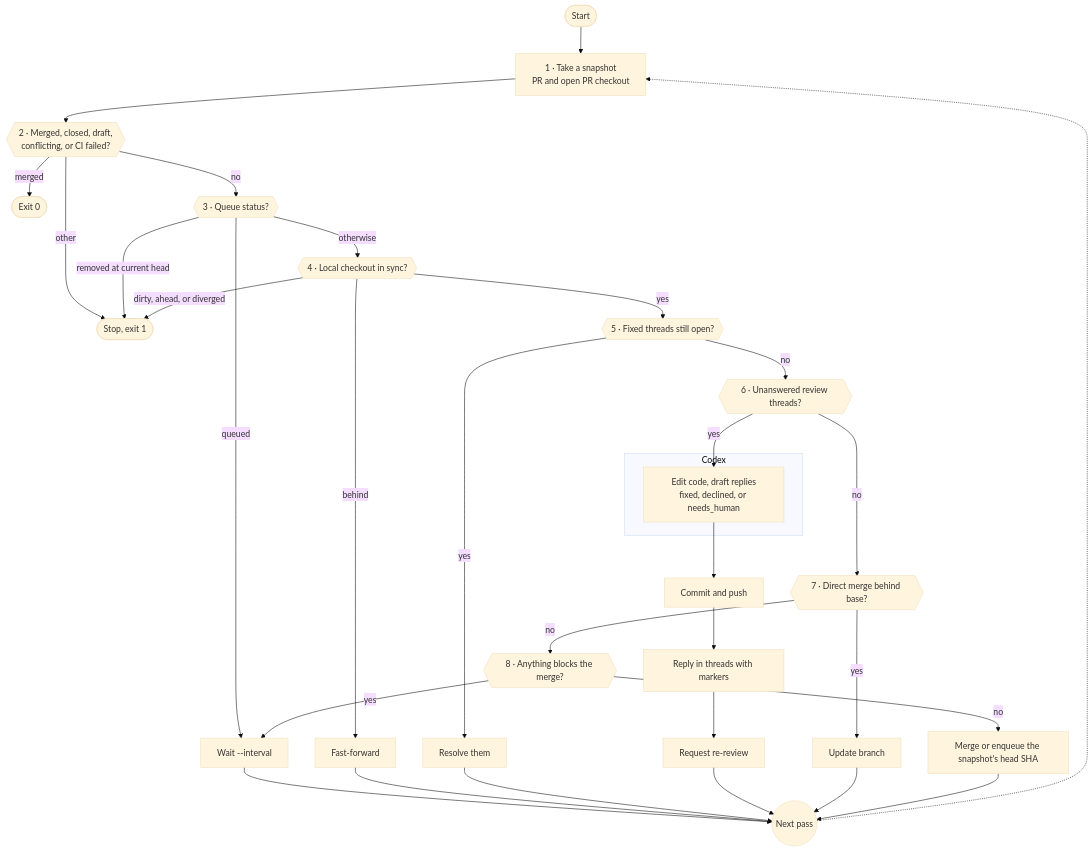
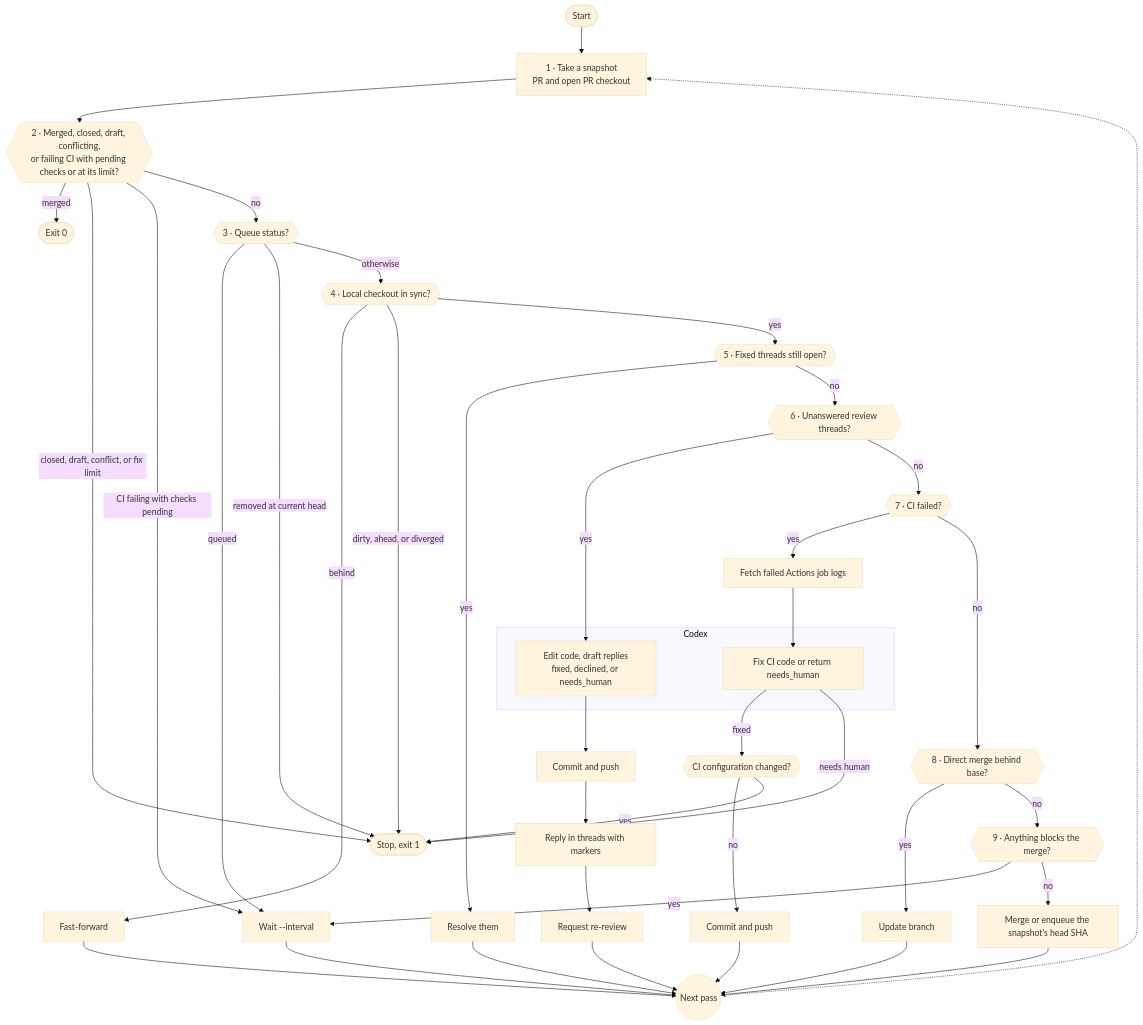
The diagram in README.md (vikrrantshah/baby-sitter), drawn with Mermaid (base theme) before and after one commit. The commit also changed other lines of this file and 10 other files, not shown here.

First line of the commit message:
feat: let Codex fix failing CI and push, never touching CI config

````diff
--- a/README.md
+++ b/README.md
@@ -71,27 +71,35 @@
 ```mermaid
 flowchart TD
   START([Start]) --> SNAP["1 · Take a snapshot<br/>PR and open PR checkout"]
-  SNAP --> T{{"2 · Merged, closed, draft,<br/>conflicting, or CI failed?"}}
+  SNAP --> T{{"2 · Merged, closed, draft, conflicting,<br/>or failing CI with pending checks or at its limit?"}}
   T -- merged --> DONE([Exit 0])
-  T -- other --> STOP([Stop, exit 1])
+  T -- "closed, draft, conflict, or fix limit" --> STOP([Stop, exit 1])
+  T -- "CI failing with checks pending" --> WAIT["Wait --interval"] --> NEXT
   T -- no --> Q{{"3 · Queue status?"}}
-  Q -- queued --> WAIT["Wait --interval"] --> NEXT
+  Q -- queued --> WAIT
   Q -- "removed at current head" --> STOP
   Q -- otherwise --> L{{"4 · Local checkout in sync?"}}
   L -- behind --> FF["Fast-forward"] --> NEXT
   L -- "dirty, ahead, or diverged" --> STOP
   L -- yes --> RF{{"5 · Fixed threads still open?"}}
   RF -- yes --> RES["Resolve them"] --> NEXT
   RF -- no --> UH{{"6 · Unanswered review threads?"}}
   UH -- yes --> HC
   subgraph CODEX ["Codex"]
     HC["Edit code, draft replies<br/>fixed, declined, or needs_human"]
+    FC["Fix CI code or return needs_human"]
   end
   HC --> PUSH["Commit and push"] --> REPLY["Reply in threads with markers"] --> RR["Request re-review"] --> NEXT
-  UH -- no --> BE{{"7 · Direct merge behind base?"}}
+  UH -- no --> CF{{"7 · CI failed?"}}
+  CF -- yes --> LOG["Fetch failed Actions job logs"] --> FC
+  FC -- fixed --> GUARD{{"CI configuration changed?"}}
+  GUARD -- no --> CP["Commit and push"] --> NEXT
+  GUARD -- yes --> STOP
+  FC -- "needs human" --> STOP
+  CF -- no --> BE{{"8 · Direct merge behind base?"}}
   BE -- yes --> UP["Update branch"] --> NEXT
-  BE -- no --> G{{"8 · Anything blocks the merge?"}}
+  BE -- no --> G{{"9 · Anything blocks the merge?"}}
   G -- yes --> WAIT
   G -- no --> MERGE["Merge or enqueue the snapshot's head SHA"] --> NEXT
   NEXT(("Next pass")) -.-> SNAP
 ```
````
